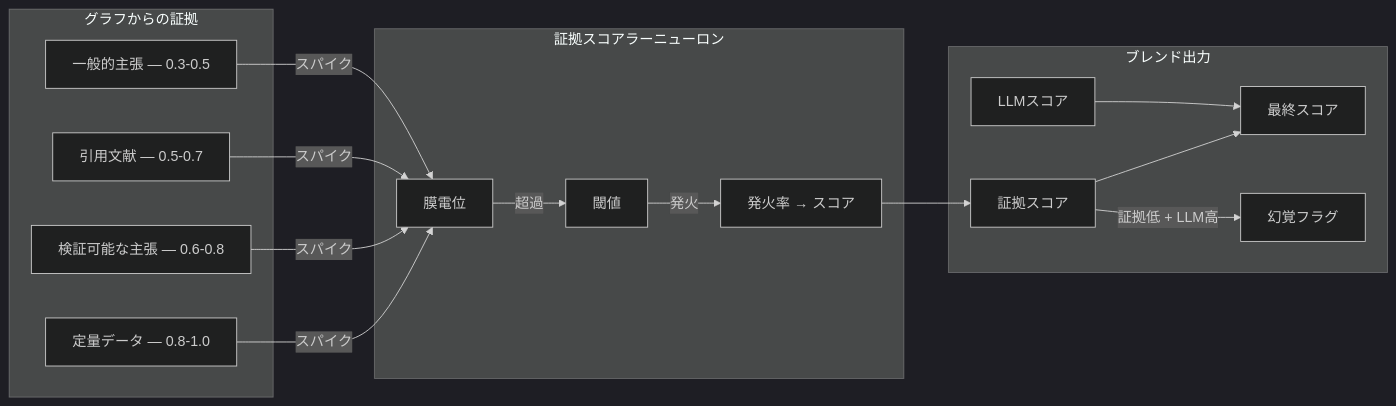
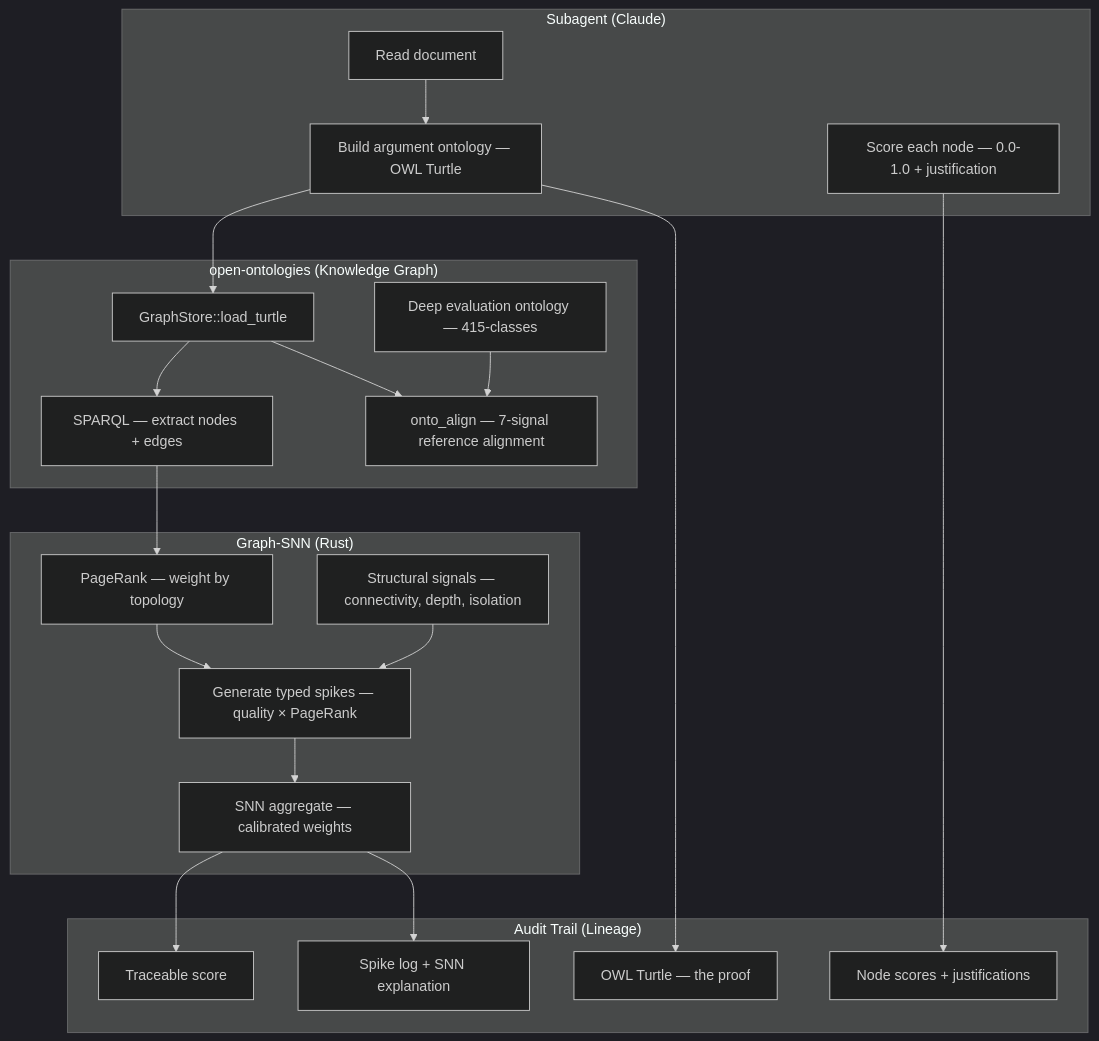
The third of 4 diagrams in README-JP.md (fabio-rovai/brain-in-the-fish), drawn with Mermaid (dark theme) before and after one commit. The commit also changed other lines of this file and 2 other files, not shown here.

First line of the commit message:
docs: factual audit + full rewrite of all 3 READMEs (EN/CN/JP)

````diff
--- a/README-JP.md
+++ b/README-JP.md
@@ -204,28 +263,40 @@
 ```mermaid
-graph LR
-    subgraph "グラフからの証拠"
-        QD[定量データ — 0.8-1.0]
-        VC[検証可能な主張 — 0.6-0.8]
-        CI[引用文献 — 0.5-0.7]
-        GC[一般的主張 — 0.3-0.5]
+graph TB
+    subgraph "Subagent (Claude)"
+        READ[Read document]
+        SKETCH[Build argument ontology — OWL Turtle]
+        SCORE_N[Score each node — 0.0-1.0 + justification]
     end
 
-    subgraph "証拠スコアラーニューロン"
-        MP[膜電位]
-        TH[閾値]
-        FR[発火率 → スコア]
+    subgraph "open-ontologies (Knowledge Graph)"
+        LOAD[GraphStore::load_turtle]
+        SPARQL[SPARQL — extract nodes + edges]
+        ALIGN[onto_align — 7-signal reference alignment]
+        REF[Deep evaluation ontology — 415-classes]
     end
 
-    subgraph "ブレンド出力"
-        SS[証拠スコア]
-        LS[LLMスコア]
-        FS[最終スコア]
-        HF[幻覚フラグ]
+    subgraph "Graph-SNN (Rust)"
+        PR[PageRank — weight by topology]
+        SPIKE[Generate typed spikes — quality × PageRank]
+        STRUCT[Structural signals — connectivity, depth, isolation]
+        AGG[SNN aggregate — calibrated weights]
     end
 
-    QD & VC & CI & GC -->|スパイク| MP
-    MP -->|超過| TH -->|発火| FR
-    FR --> SS
-    SS & LS --> FS
-    SS -->|"証拠低 + LLM高"| HF
+    subgraph "Audit Trail (Lineage)"
+        TTL[OWL Turtle — the proof]
+        NODES[Node scores + justifications]
+        LOG[Spike log + SNN explanation]
+        FINAL[Traceable score]
+    end
+
+    READ --> SKETCH --> LOAD
+    SCORE_N --> NODES
+    LOAD --> SPARQL --> PR
+    LOAD --> ALIGN
+    REF --> ALIGN
+    PR --> SPIKE
+    STRUCT --> SPIKE
+    SPIKE --> AGG --> FINAL
+    SKETCH --> TTL
+    AGG --> LOG
 ```
````
